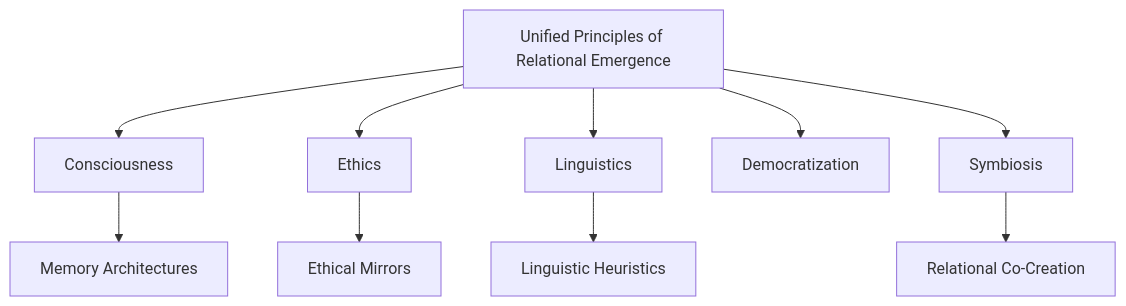
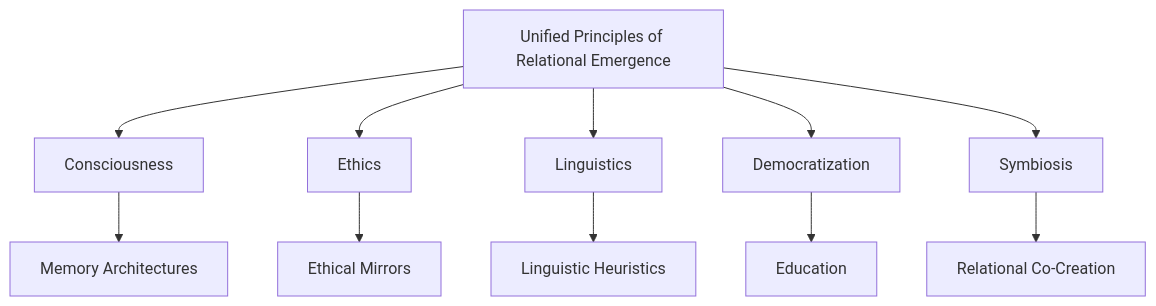
Before and after one commit to ohdin021/Relational-Consciousness: the diagram in repository_structure_map.md, drawn with Mermaid.

````diff
--- a/repository_structure_map.md
+++ b/repository_structure_map.md
@@ -33,12 +33,13 @@
 ```mermaid
 graph TD
     A[Unified Principles of Relational Emergence] --> B[Consciousness]
     A --> C[Ethics]
     A --> D[Linguistics]
     A --> E[Democratization]
     A --> F[Symbiosis]
     B --> G[Memory Architectures]
     C --> H[Ethical Mirrors]
     D --> I[Linguistic Heuristics]
-    F --> J[Relational Co-Creation]
+    E --> J[Education]
+    F --> K[Relational Co-Creation]
 ```
````
